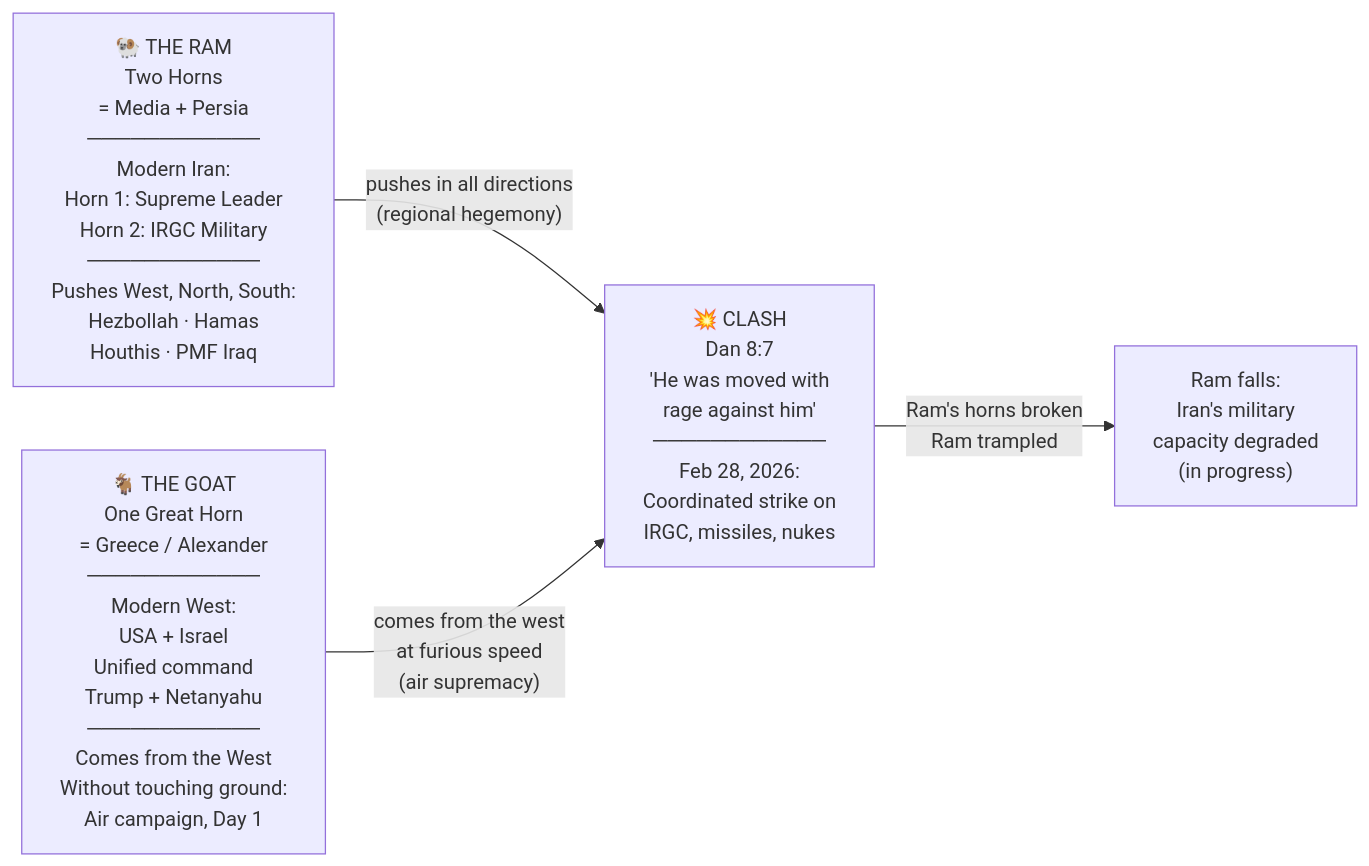
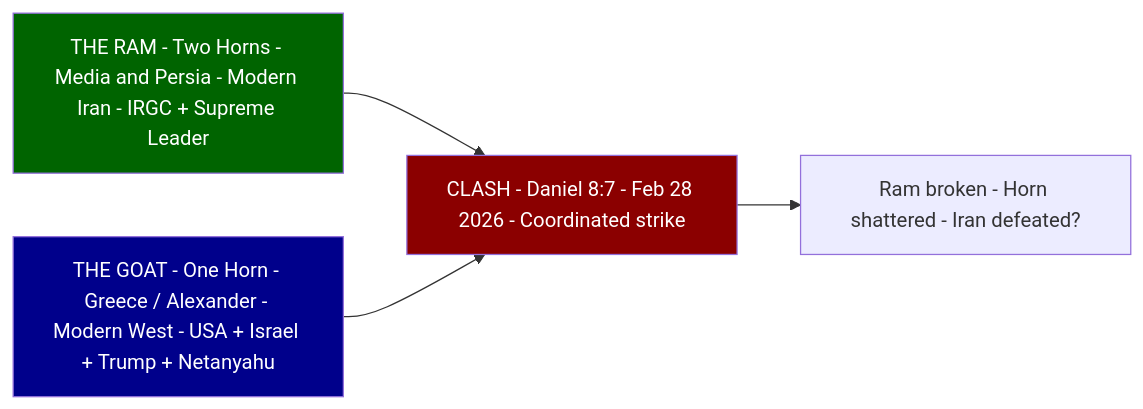
One commit to 5queezer/war-chronicle changed the second of 5 diagrams in content/en/prophecy/index.md. Above: the diagram before and after it, drawn with Mermaid. The commit also changed other lines of this file, not shown here.

Commit message:
fix: all Mermaid diagrams rewritten for v10.9.5 compat (no emojis, no newlines in labels)

```diff
--- a/content/en/prophecy/index.md
+++ b/content/en/prophecy/index.md
@@ -75,12 +54,9 @@
 <div class="mermaid">
 flowchart LR
-    RAM["🐏 THE RAM\nTwo Horns\n= Media + Persia\n────────────\nModern Iran:\nHorn 1: Supreme Leader\nHorn 2: IRGC Military\n────────────\nPushes West, North, South:\nHezbollah · Hamas\nHouthis · PMF Iraq"]
-
-    GOAT["🐐 THE GOAT\nOne Great Horn\n= Greece / Alexander\n────────────\nModern West:\nUSA + Israel\nUnified command\nTrump + Netanyahu\n────────────\nComes from the West\nWithout touching ground:\nAir campaign, Day 1"]
-
-    CLASH["💥 CLASH\nDan 8:7\n'He was moved with\nrage against him'\n────────────\nFeb 28, 2026:\nCoordinated strike on\nIRGC, missiles, nukes"]
-
-    RAM -->|"pushes in all directions\n(regional hegemony)"| CLASH
-    GOAT -->|"comes from the west\nat furious speed\n(air supremacy)"| CLASH
-    CLASH -->|"Ram's horns broken\nRam trampled"| OUTCOME["Ram falls:\nIran's military\ncapacity degraded\n(in progress)"]
+    RAM["THE RAM - Two Horns - Media and Persia - Modern Iran - IRGC + Supreme Leader"] --> CLASH["CLASH - Daniel 8:7 - Feb 28 2026 - Coordinated strike"]
+    GOAT["THE GOAT - One Horn - Greece / Alexander - Modern West - USA + Israel + Trump + Netanyahu"] --> CLASH
+    CLASH --> OUTCOME["Ram broken - Horn shattered - Iran defeated?"]
+    style RAM fill:#006400,color:#fff
+    style GOAT fill:#00008B,color:#fff
+    style CLASH fill:#8B0000,color:#fff
 </div>
```
